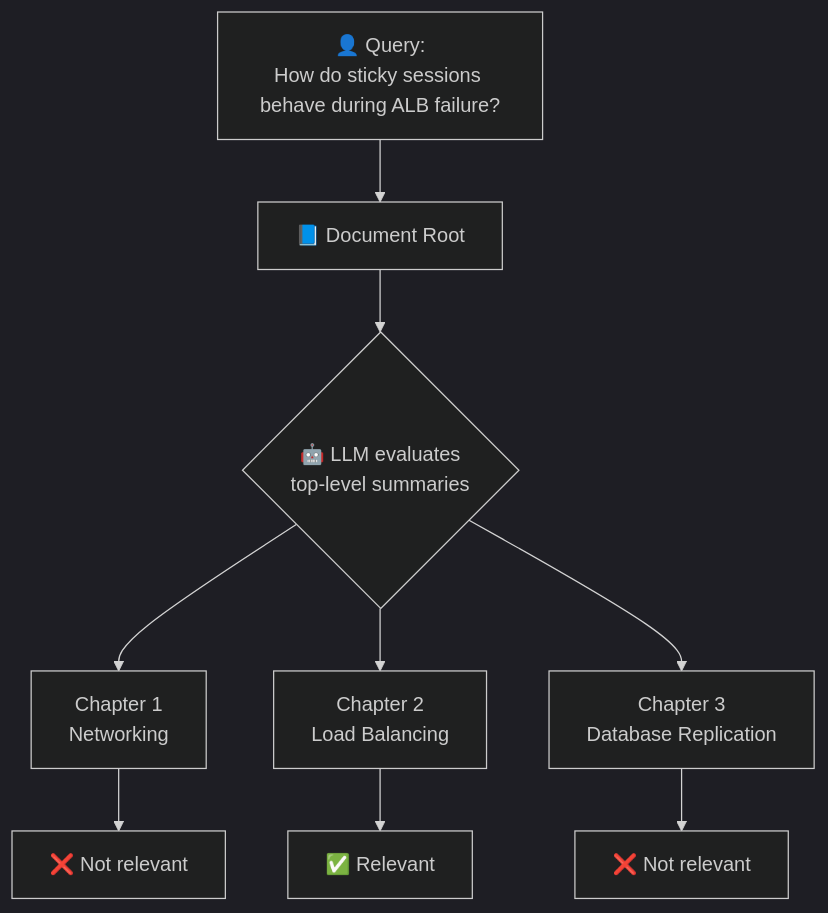
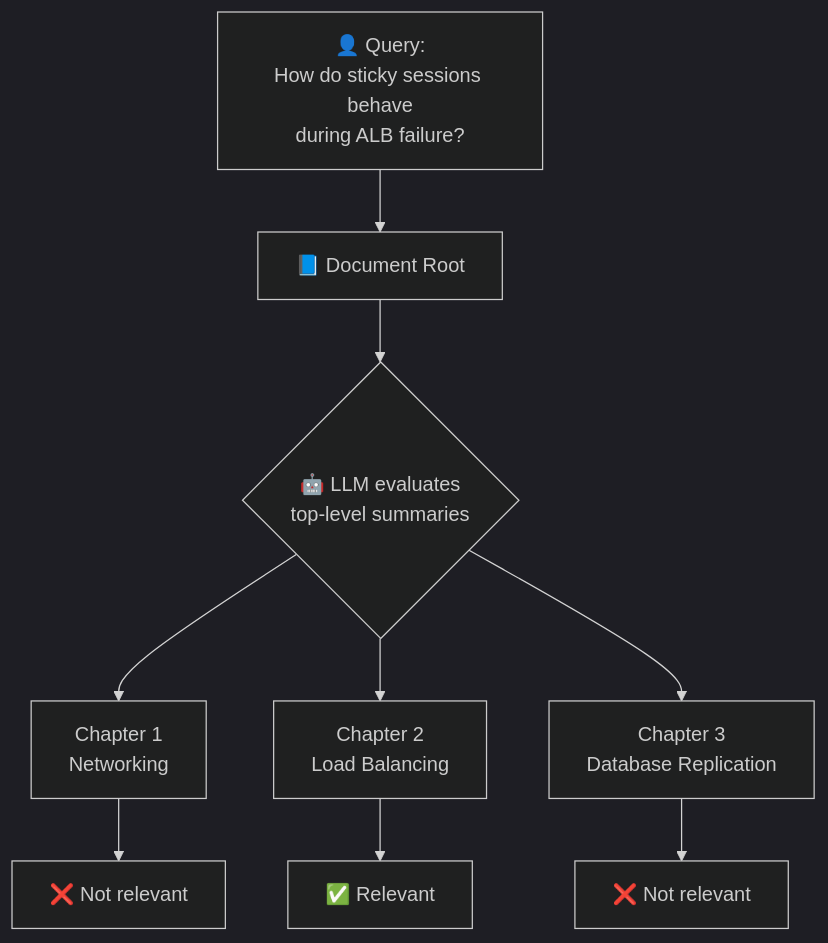
One commit to Amie-dev/FDE-and-GenAI-Mastery changed the fourth of 17 diagrams in Lecture 18 - Vectorless RAG and LLM Wiki/notes/03_agentic_tree_search_llm_relevance.md. Above: the diagram before and after it, drawn with Mermaid (dark theme). The commit also changed other lines of this file and 6 other files, not shown here.

````diff
--- a/Lecture 18 - Vectorless RAG and LLM Wiki/notes/03_agentic_tree_search_llm_relevance.md
+++ b/Lecture 18 - Vectorless RAG and LLM Wiki/notes/03_agentic_tree_search_llm_relevance.md
@@ -146,17 +285,17 @@
 ```mermaid
 flowchart TD
 
-    Q["👤 Query:<br/>How do sticky sessions behave during ALB failure?"]
+    Q["👤 Query:<br/>How do sticky sessions behave<br/>during ALB failure?"]
 
     Q --> ROOT["📘 Document Root"]
 
     ROOT --> EVAL{"🤖 LLM evaluates<br/>top-level summaries"}
 
     EVAL --> C1["Chapter 1<br/>Networking"]
     EVAL --> C2["Chapter 2<br/>Load Balancing"]
     EVAL --> C3["Chapter 3<br/>Database Replication"]
 
     C1 --> X1["❌ Not relevant"]
     C2 --> OK["✅ Relevant"]
     C3 --> X3["❌ Not relevant"]
 ```
````
